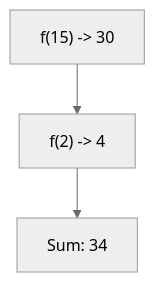
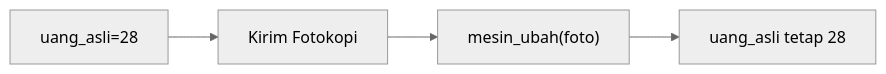
Before and after one commit to amnahwaida/OSNK_INF_PREP: the eighth of 25 diagrams in part-c-pemahaman-cpp/04-fungsi/latihan/set-03.md, drawn with Mermaid (neutral theme). The commit also changed other lines of this file and 71 other files, not shown here.

````diff
--- a/part-c-pemahaman-cpp/04-fungsi/latihan/set-03.md
+++ b/part-c-pemahaman-cpp/04-fungsi/latihan/set-03.md
@@ -206,5 +217,6 @@
 ```mermaid
-graph TD
-A["f(15) -> 30"] --> B["f(2) -> 4"]
-B --> C["Sum: 34"]
+graph LR
+A["uang_asli=28"] --> B["Kirim Fotokopi"]
+B --> C["mesin_ubah(foto)"]
+C --> D["uang_asli tetap 28"]
 ```
````
